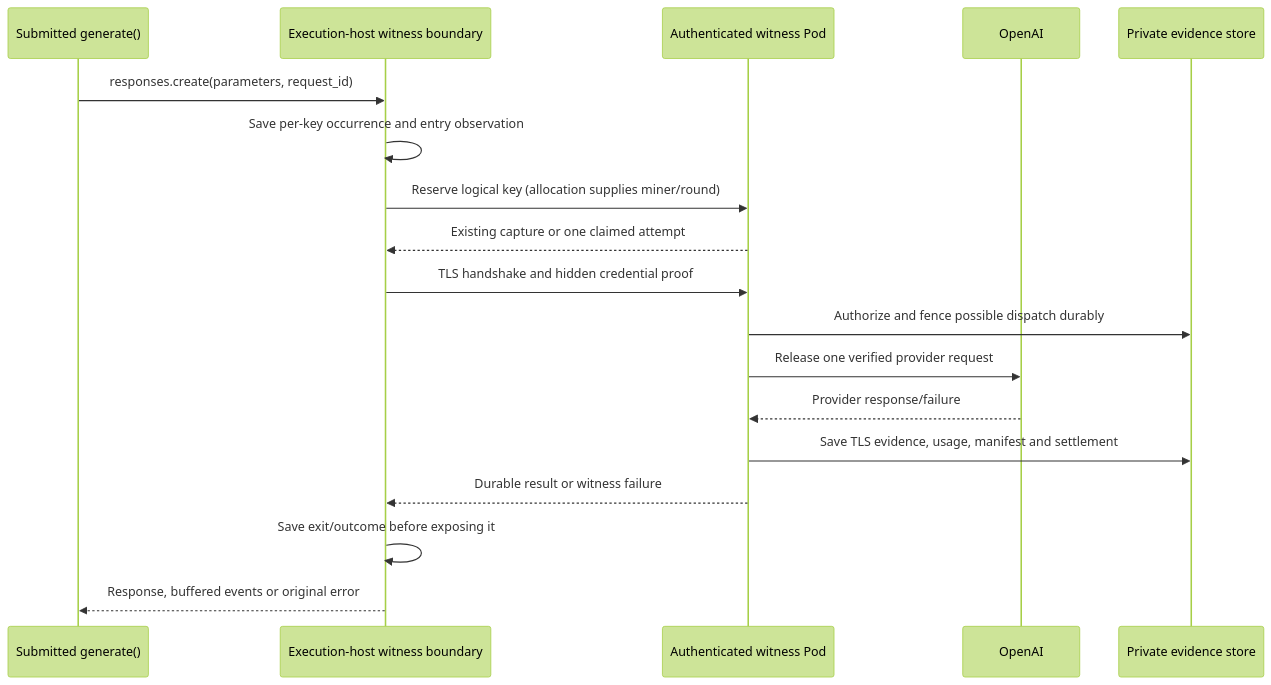
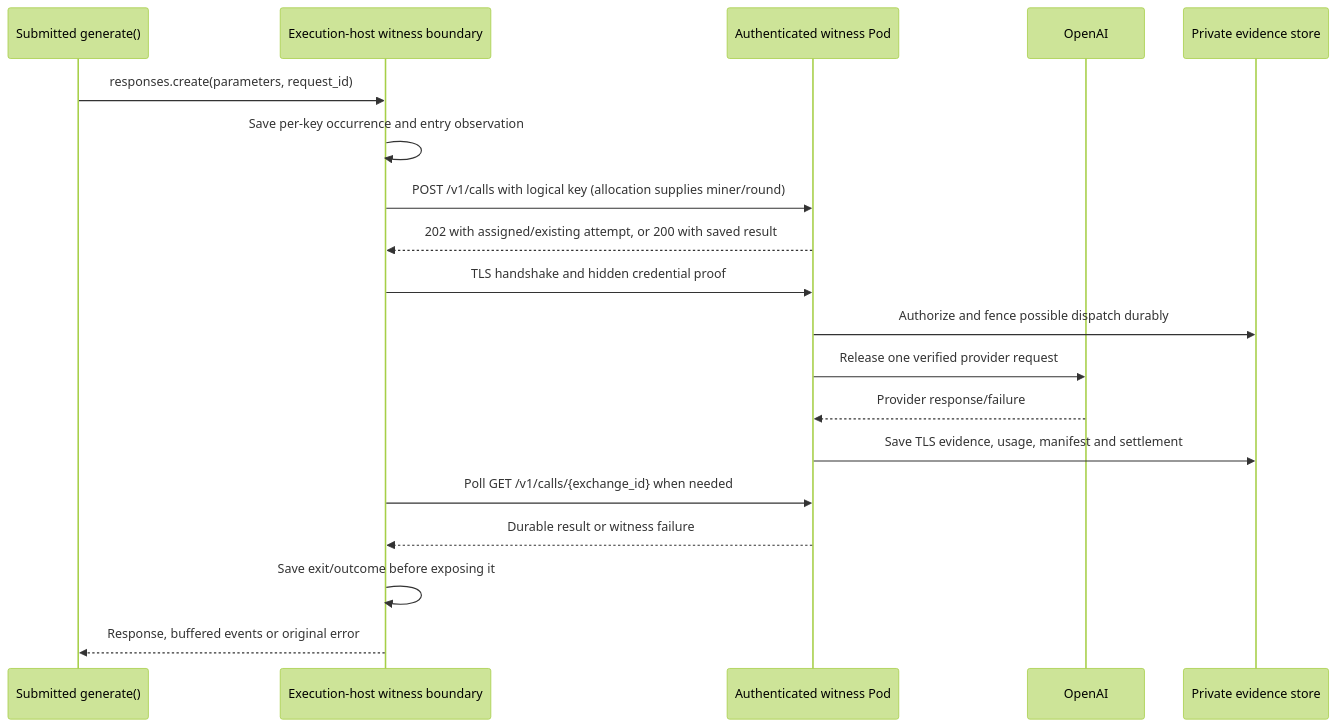
Before and after one commit to 404-Repo/404-gen-subnet: the first of 2 diagrams in witness-client/SEQUENCE.md, drawn with Mermaid (forest theme). The commit also changed 32 other files, not shown here.

````diff
--- a/witness-client/SEQUENCE.md
+++ b/witness-client/SEQUENCE.md
@@ -3,20 +3,21 @@
 ```mermaid
 sequenceDiagram
     participant M as Submitted generate()
     participant H as Execution-host witness boundary
     participant W as Authenticated witness Pod
     participant P as OpenAI
     participant R as Private evidence store
     M->>H: responses.create(parameters, request_id)
     H->>H: Save per-key occurrence and entry observation
-    H->>W: Reserve logical key (allocation supplies miner/round)
-    W-->>H: Existing capture or one claimed attempt
+    H->>W: POST /v1/calls with logical key (allocation supplies miner/round)
+    W-->>H: 202 with assigned/existing attempt, or 200 with saved result
     H->>W: TLS handshake and hidden credential proof
     W->>R: Authorize and fence possible dispatch durably
     W->>P: Release one verified provider request
     P-->>W: Provider response/failure
     W->>R: Save TLS evidence, usage, manifest and settlement
+    H->>W: Poll GET /v1/calls/{exchange_id} when needed
     W-->>H: Durable result or witness failure
     H->>H: Save exit/outcome before exposing it
     H-->>M: Response, buffered events or original error
 ```
````
